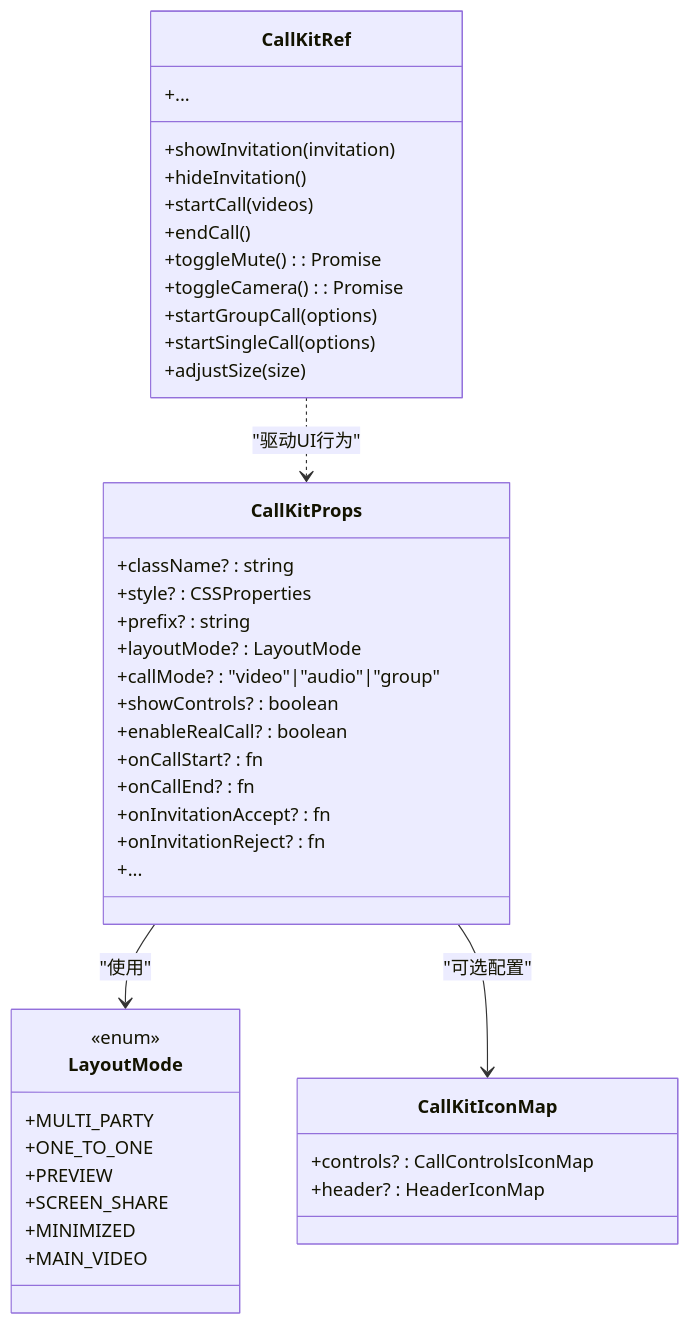
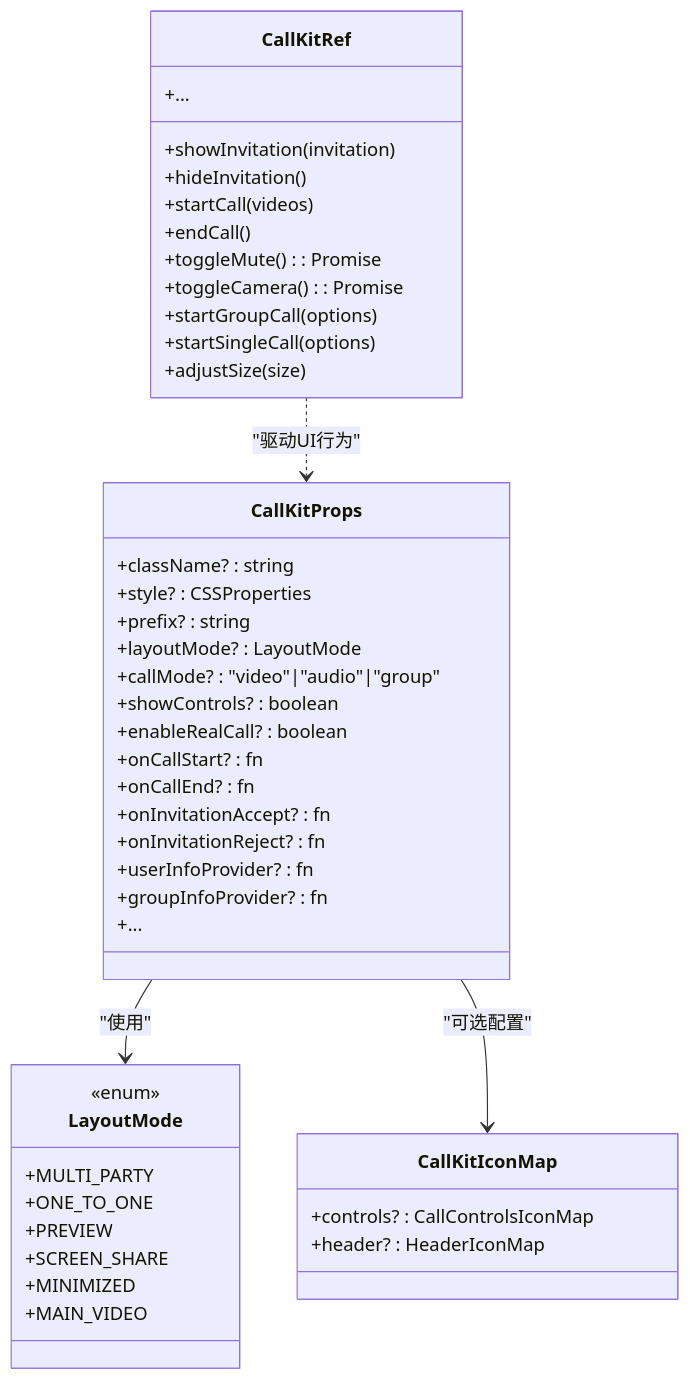
The third of 9 diagrams in .qoder/repowiki/zh/content/类型定义.md (Easemob-Community/easemob-uikit-callkit-vue3), drawn with Mermaid before and after one commit. The commit also changed other lines of this file and 15 other files, not shown here.

````diff
--- a/.qoder/repowiki/zh/content/类型定义.md
+++ b/.qoder/repowiki/zh/content/类型定义.md
@@ -174,45 +196,47 @@
 ```mermaid
 classDiagram
 class CallKitProps {
 +className? : string
 +style? : CSSProperties
 +prefix? : string
 +layoutMode? : LayoutMode
 +callMode? : "video"|"audio"|"group"
 +showControls? : boolean
 +enableRealCall? : boolean
 +onCallStart? : fn
 +onCallEnd? : fn
 +onInvitationAccept? : fn
 +onInvitationReject? : fn
++userInfoProvider? : fn
++groupInfoProvider? : fn
 +...
 }
 class CallKitRef {
 +showInvitation(invitation)
 +hideInvitation()
 +startCall(videos)
 +endCall()
 +toggleMute() : Promise<boolean>
 +toggleCamera() : Promise<boolean>
 +startGroupCall(options)
 +startSingleCall(options)
 +adjustSize(size)
 +...
 }
 class LayoutMode {
 <<enum>>
 +MULTI_PARTY
 +ONE_TO_ONE
 +PREVIEW
 +SCREEN_SHARE
 +MINIMIZED
 +MAIN_VIDEO
 }
 class CallKitIconMap {
 +controls? : CallControlsIconMap
 +header? : HeaderIconMap
 }
 CallKitProps --> LayoutMode : "使用"
 CallKitProps --> CallKitIconMap : "可选配置"
 CallKitRef ..> CallKitProps : "驱动UI行为"
 ```
````
